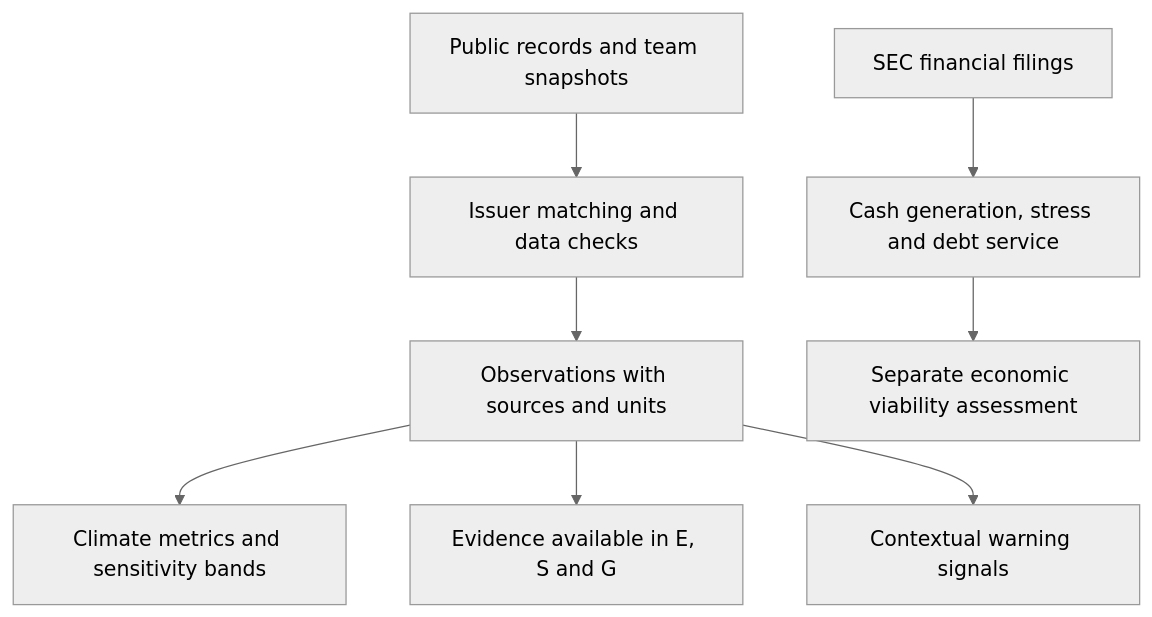
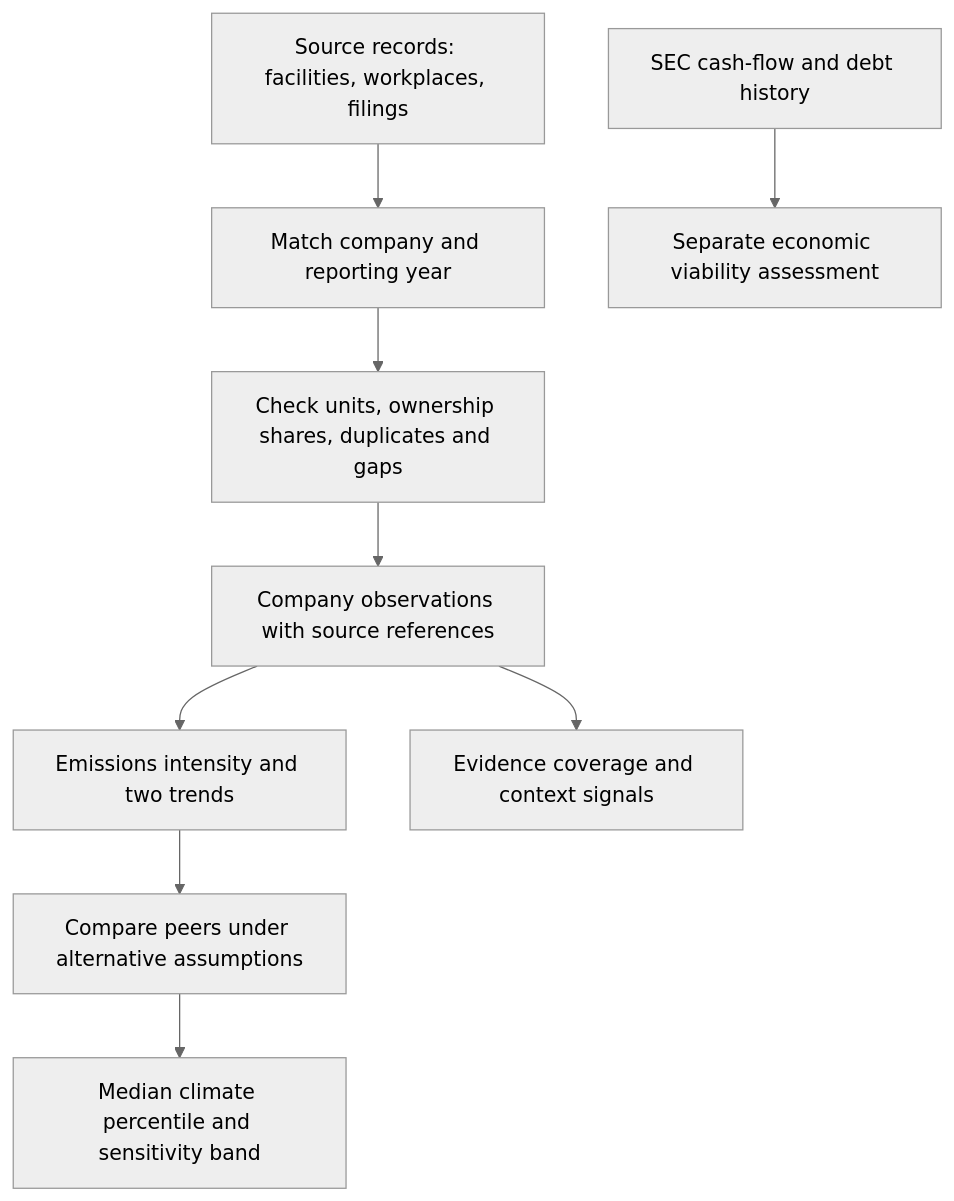
The diagram in docs/FRAMEWORK.md (Frame-42/ETHack), drawn with Mermaid (neutral theme) before and after one commit. The commit also changed other lines of this file and 3 other files, not shown here.

Commit message:
Explain sustainability data flow with a step-by-step worked example

````diff
--- a/docs/FRAMEWORK.md
+++ b/docs/FRAMEWORK.md
@@ -9,10 +95,11 @@
 ```mermaid
 flowchart TD
-    A[Public records and team snapshots] --> B[Issuer matching and data checks]
-    B --> C[Observations with sources and units]
-    C --> D[Climate metrics and sensitivity bands]
-    C --> E[Evidence available in E, S and G]
-    C --> F[Contextual warning signals]
-    G[SEC financial filings] --> H[Cash generation, stress and debt service]
-    H --> I[Separate economic viability assessment]
+    A[Source records: facilities, workplaces, filings] --> B[Match company and reporting year]
+    B --> C[Check units, ownership shares, duplicates and gaps]
+    C --> D[Company observations with source references]
+    D --> E[Emissions intensity and two trends]
+    E --> F[Compare peers under alternative assumptions]
+    F --> G[Median climate percentile and sensitivity band]
+    D --> H[Evidence coverage and context signals]
+    I[SEC cash-flow and debt history] --> J[Separate economic viability assessment]
 ```
````
